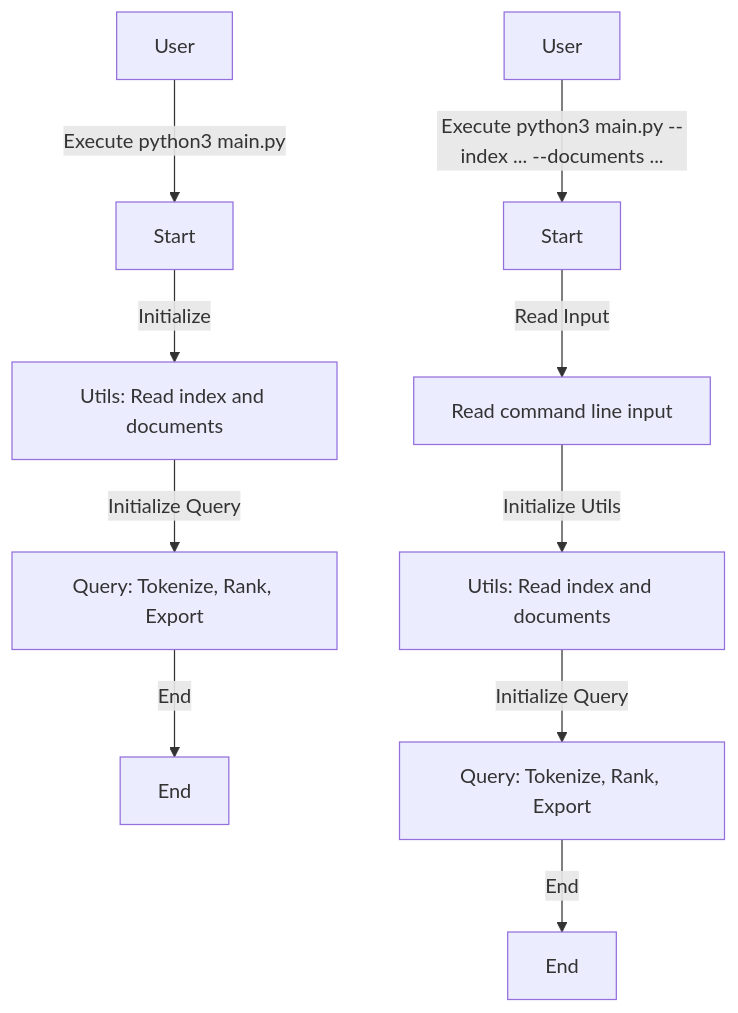
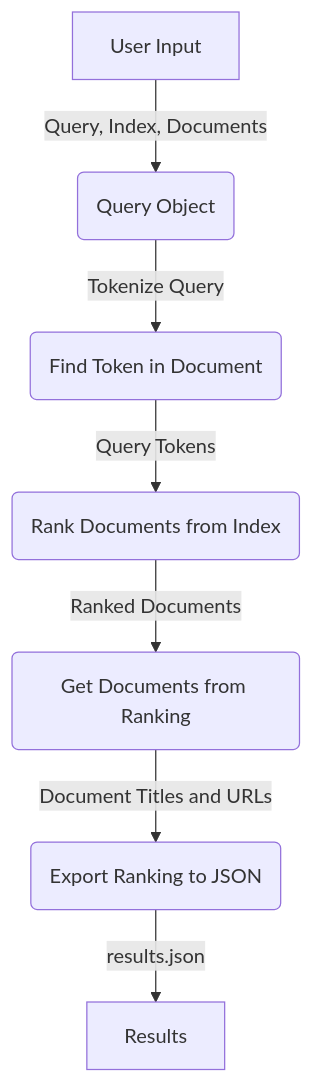
Before and after one commit to odi77/web-query-expansion: the diagram in README.md, drawn with Mermaid.

Commit message:
README update

````diff
--- a/README.md
+++ b/README.md
@@ -7,13 +7,9 @@
 ```mermaid
-graph TB;
-  A[User] -->|Execute python3 main.py| B[Start];
-  B -->|Initialize| C[Utils: Read index and documents];
-  C -->|Initialize Query| D[Query: Tokenize, Rank, Export];
-  D -->|End| E[End];
-
-  F[User] -->|Execute python3 main.py --index ... --documents ...| G[Start];
-  G -->|Read Input| H[Read command line input];
-  H -->|Initialize Utils| I[Utils: Read index and documents];
-  I -->|Initialize Query| J[Query: Tokenize, Rank, Export];
-  J -->|End| K[End];
+graph TD;
+  A[User Input] -->|Query, Index, Documents| B(Query Object)
+  B -->|Tokenize Query| C(Find Token in Document)
+  C -->|Query Tokens| D(Rank Documents from Index)
+  D -->|Ranked Documents| E(Get Documents from Ranking)
+  E -->|Document Titles and URLs| F(Export Ranking to JSON)
+  F -->|results.json| G[Results]
 ```
````
